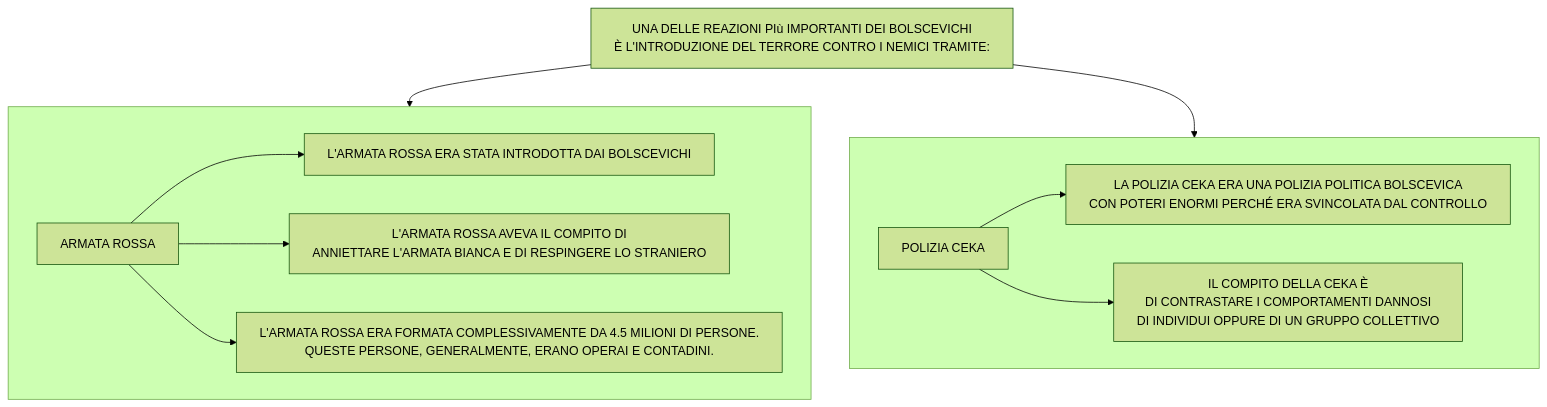
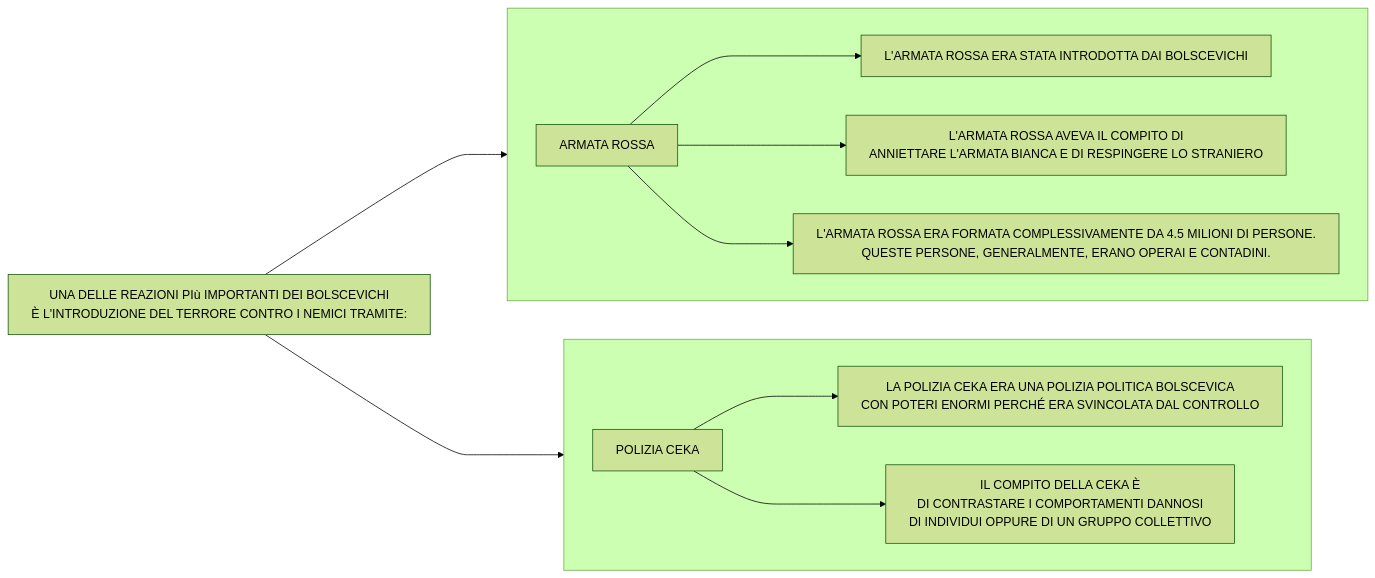
The eighth of 22 diagrams in stalinismoRiscrittura.md (Laaouatni/ricerca-storia-MermaidJS), drawn with Mermaid (forest theme) before and after one commit.

````diff
--- a/stalinismoRiscrittura.md
+++ b/stalinismoRiscrittura.md
@@ -139,19 +139,21 @@
 ```mermaid
 %%{init: { "flowchart": { "wrappingWidth": 800 } }}%%
-flowchart TB
+flowchart LR
   0[UNA DELLE REAZIONI PIù IMPORTANTI DEI BOLSCEVICHI <br> È L'INTRODUZIONE DEL TERRORE CONTRO I NEMICI TRAMITE:]
   subgraph 1[" "]
+    direction LR
     10[ARMATA ROSSA]
     11[L'ARMATA ROSSA ERA STATA INTRODOTTA DAI BOLSCEVICHI]
     12[L'ARMATA ROSSA AVEVA IL COMPITO DI <br>ANNIETTARE L'ARMATA BIANCA E DI RESPINGERE LO STRANIERO]
     13[L'ARMATA ROSSA ERA FORMATA COMPLESSIVAMENTE DA 4.5 MILIONI DI PERSONE. <br> QUESTE PERSONE, GENERALMENTE, ERANO OPERAI E CONTADINI.]
-    10 --> 11 & 12 & 13
+    10 ---> 11 & 12 & 13
   end
   subgraph 2[" "]
-    20 --> 21 & 22
+    direction LR
+    20 ---> 21 & 22
     20[POLIZIA CEKA]
     21[LA POLIZIA CEKA ERA UNA POLIZIA POLITICA BOLSCEVICA <br>CON POTERI ENORMI PERCHÉ ERA SVINCOLATA DAL CONTROLLO]
     22[IL COMPITO DELLA CEKA È <br>DI CONTRASTARE I COMPORTAMENTI DANNOSI <br> DI INDIVIDUI OPPURE DI UN GRUPPO COLLETTIVO]
   end
-  0 --> 1 & 2
+  0 ---> 1 & 2
 ```
````
